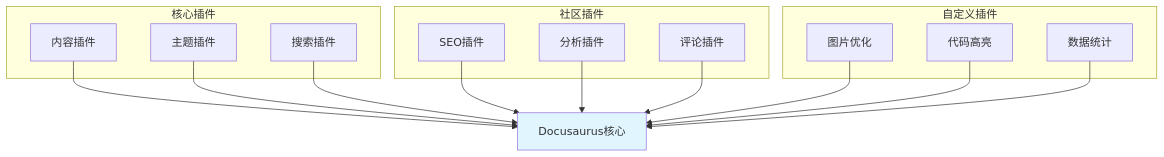
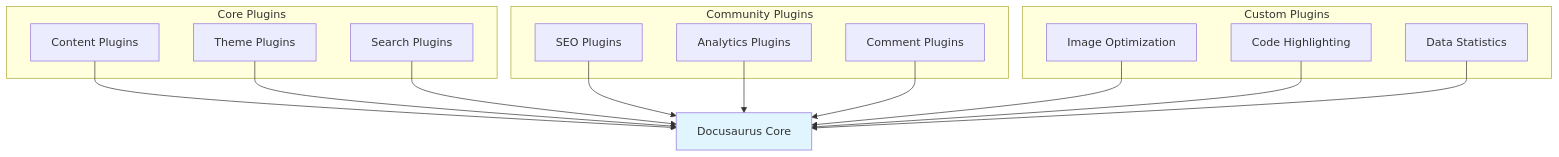
One commit to ChanMeng666/ai-programming-teaching-project changed the seventh of 10 diagrams in i18n/en/docusaurus-plugin-content-docs/version-2024-winter/tutorials/docusaurus-tutorial.mdx. Above: the diagram before and after it, drawn with Mermaid. The commit also changed other lines of this file and 11 other files, not shown here.

````diff
--- a/i18n/en/docusaurus-plugin-content-docs/version-2024-winter/tutorials/docusaurus-tutorial.mdx
+++ b/i18n/en/docusaurus-plugin-content-docs/version-2024-winter/tutorials/docusaurus-tutorial.mdx
@@ -550,32 +550,32 @@
 ```mermaid
 graph TB
-    subgraph "核心插件"
-        A[内容插件]
-        B[主题插件]
-        C[搜索插件]
+    subgraph "Core Plugins"
+        A[Content Plugins]
+        B[Theme Plugins]
+        C[Search Plugins]
     end
-    
-    subgraph "社区插件"
-        D[SEO插件]
-        E[分析插件]
-        F[评论插件]
+
+    subgraph "Community Plugins"
+        D[SEO Plugins]
+        E[Analytics Plugins]
+        F[Comment Plugins]
     end
-    
-    subgraph "自定义插件"
-        G[图片优化]
-        H[代码高亮]
-        I[数据统计]
+
+    subgraph "Custom Plugins"
+        G[Image Optimization]
+        H[Code Highlighting]
+        I[Data Statistics]
     end
-    
-    A --> J[Docusaurus核心]
+
+    A --> J[Docusaurus Core]
     B --> J
     C --> J
     D --> J
     E --> J
     F --> J
     G --> J
     H --> J
     I --> J
-    
+
     style J fill:#e1f5fe
 ```
````
